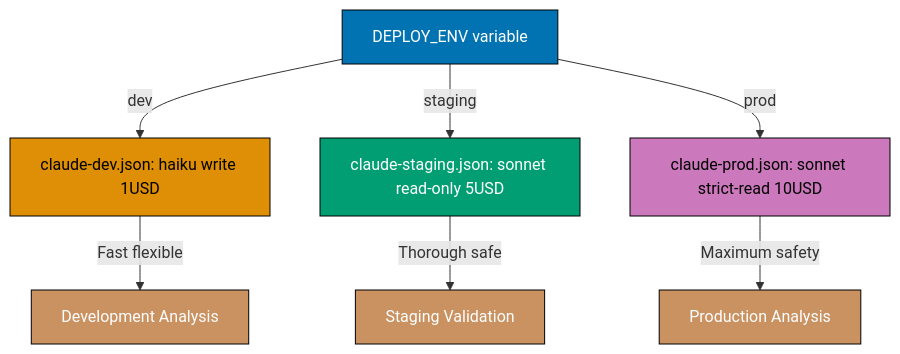
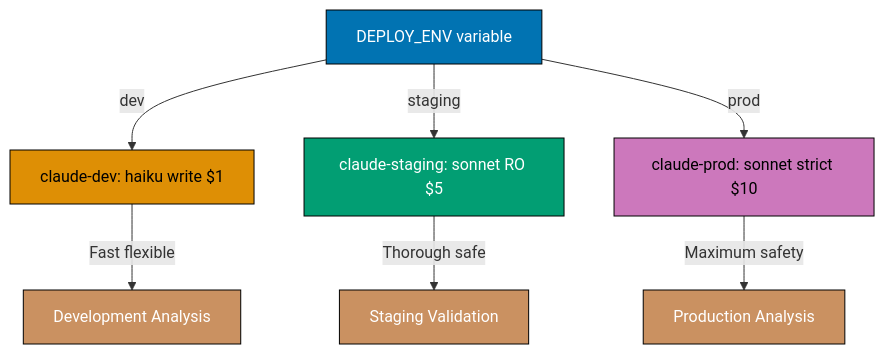
Before and after one commit to wahidyankf/baseerah: the sixth of 14 diagrams in apps/ayokoding-www/content/en/learn/artificial-intelligence/tools/claude-code/by-example/advanced.md, drawn with Mermaid. The commit also changed other lines of this file and 88 other files, not shown here.

First line of the commit message:
fix(ayokoding-www): resolve pre-existing Mermaid violations, exclude fixtures/plans-done

````diff
--- a/apps/ayokoding-www/content/en/learn/artificial-intelligence/tools/claude-code/by-example/advanced.md
+++ b/apps/ayokoding-www/content/en/learn/artificial-intelligence/tools/claude-code/by-example/advanced.md
@@ -501,17 +501,17 @@
 ```mermaid
 graph TD
-    A[DEPLOY_ENV variable] -->|dev| B[claude-dev.json: haiku write 1USD]
-    A -->|staging| C[claude-staging.json: sonnet read-only 5USD]
-    A -->|prod| D[claude-prod.json: sonnet strict-read 10USD]
+    A[DEPLOY_ENV variable] -->|dev| B[claude-dev: haiku write $1]
+    A -->|staging| C[claude-staging: sonnet RO $5]
+    A -->|prod| D[claude-prod: sonnet strict $10]
     B -->|Fast flexible| E[Development Analysis]
     C -->|Thorough safe| F[Staging Validation]
     D -->|Maximum safety| G[Production Analysis]
 
     style A fill:#0173B2,stroke:#000,color:#fff
     style B fill:#DE8F05,stroke:#000,color:#000
     style C fill:#029E73,stroke:#000,color:#fff
     style D fill:#CC78BC,stroke:#000,color:#000
     style E fill:#CA9161,stroke:#000,color:#fff
     style F fill:#CA9161,stroke:#000,color:#fff
     style G fill:#CA9161,stroke:#000,color:#fff
 ```
````
